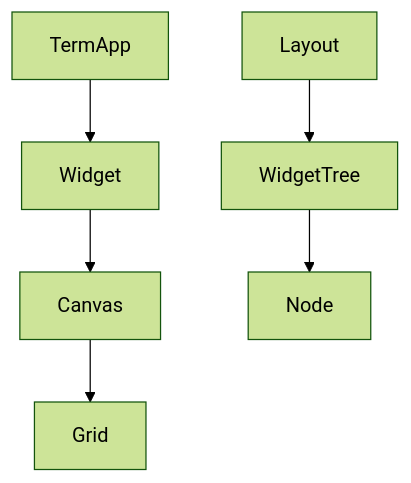
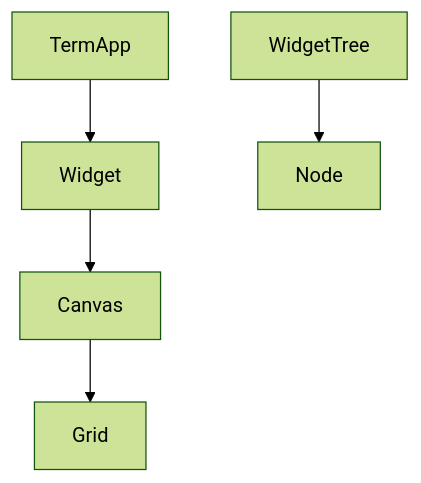
One commit to yairgd/gdbforge changed the first of 2 diagrams in docs/DIRECTORY_STRUCTURE.md. Above: the diagram before and after it, drawn with Mermaid (forest theme). The commit also changed other lines of this file and 11 other files, not shown here.

Commit message:
Remove redundant Layout facade; tabs own WidgetTree directly.

````diff
--- a/docs/DIRECTORY_STRUCTURE.md
+++ b/docs/DIRECTORY_STRUCTURE.md
@@ -137,7 +136,7 @@
 ```mermaid
 flowchart TB
     TermApp --> Widget
     Widget --> Canvas
     Canvas --> Grid
-    Layout --> WidgetTree --> Node
+    WidgetTree --> Node
 ```
````
